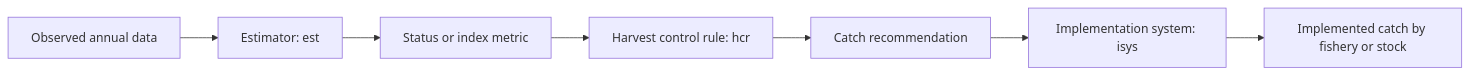
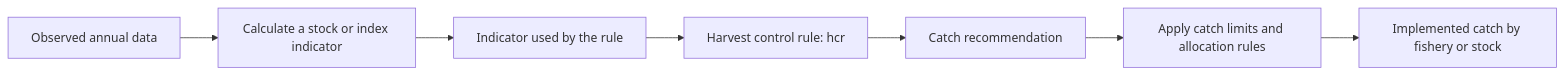
Before and after one commit to SPRFMO/jmMSE26: the diagram in doc/cmp/components.qmd, drawn with Mermaid. The commit also changed other lines of this file and 28 other files, not shown here.

````diff
--- a/doc/cmp/components.qmd
+++ b/doc/cmp/components.qmd
@@ -12,9 +12,9 @@
 ```{mermaid}
 flowchart LR
-  D["Observed annual data"] --> E["Estimator: est"]
-  E --> S["Status or index metric"]
+  D["Observed annual data"] --> E["Calculate a stock or index indicator"]
+  E --> S["Indicator used by the rule"]
   S --> H["Harvest control rule: hcr"]
   H --> R["Catch recommendation"]
-  R --> I["Implementation system: isys"]
+  R --> I["Apply catch limits and allocation rules"]
   I --> A["Implemented catch by fishery or stock"]
 ```
````
